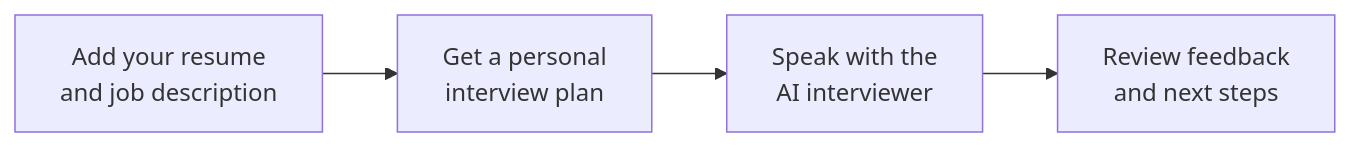
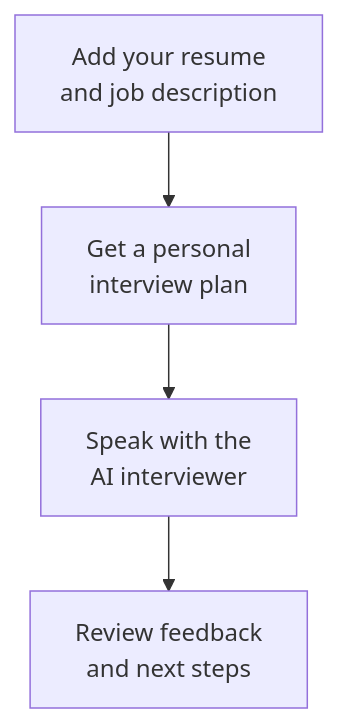
One commit to siddhunangadi/voice-mock-interview-agent changed the diagram in README.md. Above: the diagram before and after it, drawn with Mermaid.

Commit message:
Keep interview diagram readable on narrow screens

````diff
--- a/README.md
+++ b/README.md
@@ -15,6 +15,6 @@
 ```mermaid
-flowchart LR
+flowchart TD
     A["Add your resume<br/>and job description"] --> B["Get a personal<br/>interview plan"]
     B --> C["Speak with the<br/>AI interviewer"]
     C --> D["Review feedback<br/>and next steps"]
 ```
````
